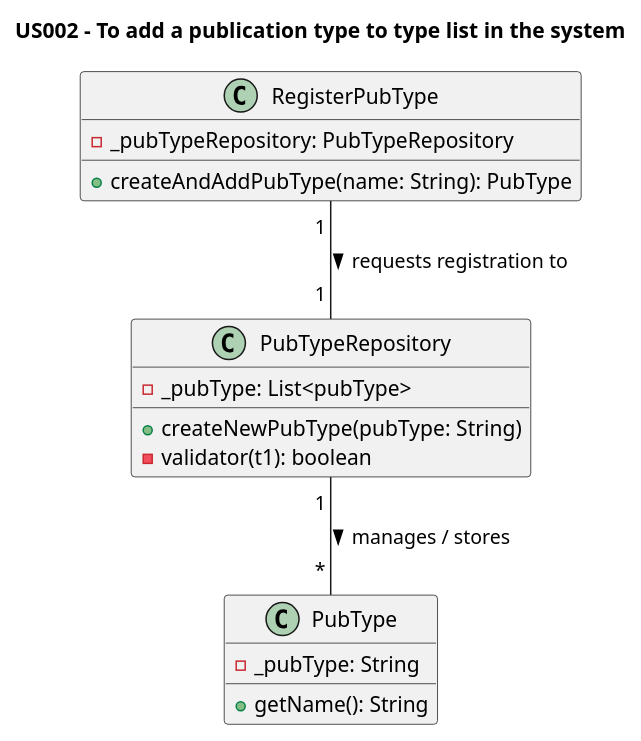
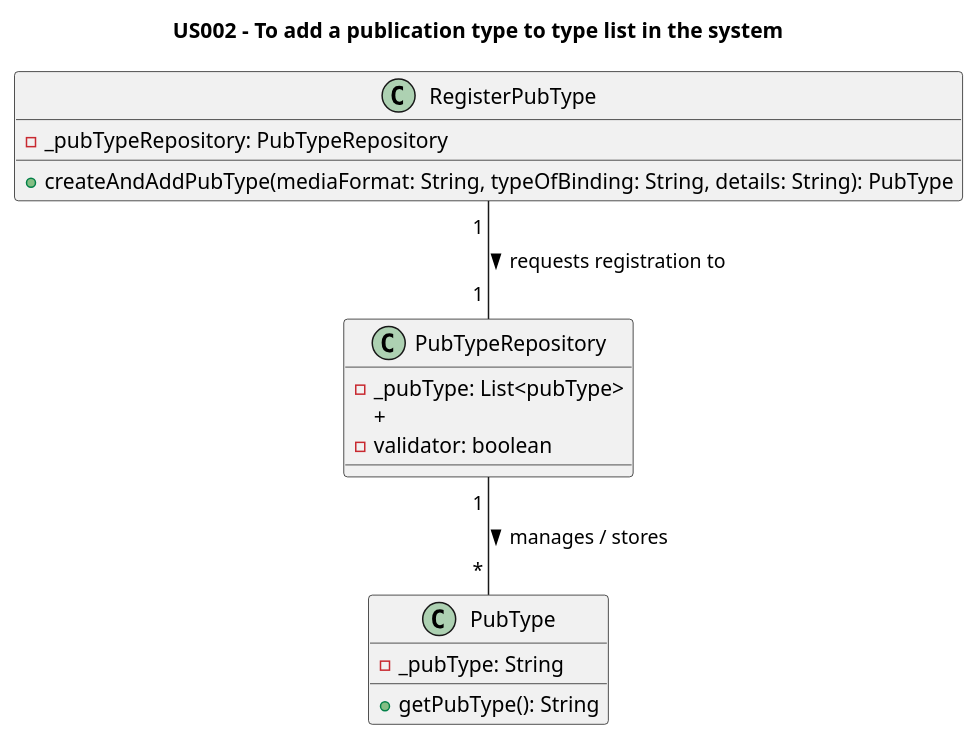
The diagram in Diagrams/ClassDiagrams/US002 - To add a Publication Type to Type list.puml (AndrePereiraGitH/SWitCH-Project-Team_A), drawn with PlantUML before and after one commit. The commit also changed 4 other files, not shown here.

Commit message:
Add and update UML for US002 & US006

```diff
--- a/Diagrams/ClassDiagrams/US002 - To add a Publication Type to Type list.puml
+++ b/Diagrams/ClassDiagrams/US002 - To add a Publication Type to Type list.puml
@@ -1,28 +1,28 @@
 @startuml
 title US002 - To add a publication type to type list in the system
 
 'Need to create class
 
 class RegisterPubType {
   -_pubTypeRepository: PubTypeRepository
-    +createAndAddPubType(name: String): PubType
+    +createAndAddPubType(mediaFormat: String, typeOfBinding: String, details: String): PubType
 }
 
 class PubTypeRepository {
     -_pubType: List<pubType>
-  +createNewPubType(pubType: String)
-  -validator(t1): boolean
+  +
+  -validator: boolean
 }
 
 class PubType {
   -_pubType: String
-    +getName(): String
+    +getPubType(): String
 
 }
 
 ' Interactions
 
 RegisterPubType "1 " -- "1 " PubTypeRepository : requests registration to >
 PubTypeRepository "1 " -- " * " PubType : manages / stores >
 
 @enduml
```
